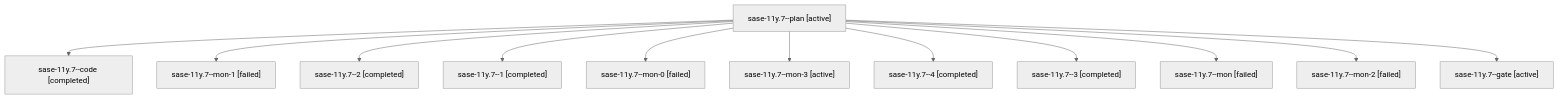
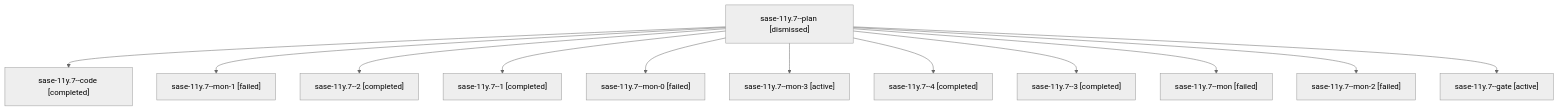
Before and after one commit to sase-org/sase--agents: the diagram in sessions/bbugyi200.athena.sase-11y.7.md, drawn with Mermaid (neutral theme). The commit also changed other lines of this file and 252 other files, not shown here.

````diff
--- a/sessions/bbugyi200.athena.sase-11y.7.md
+++ b/sessions/bbugyi200.athena.sase-11y.7.md
@@ -9,26 +9,26 @@
 ```mermaid
 flowchart TD
-  n0["sase-11y.7--plan [active]"]
+  n0["sase-11y.7--plan [dismissed]"]
   n1["sase-11y.7--code [completed]"]
   n0 --> n1
   n2["sase-11y.7--mon-1 [failed]"]
   n0 --> n2
   n3["sase-11y.7--2 [completed]"]
   n0 --> n3
   n4["sase-11y.7--1 [completed]"]
   n0 --> n4
   n5["sase-11y.7--mon-0 [failed]"]
   n0 --> n5
   n6["sase-11y.7--mon-3 [active]"]
   n0 --> n6
   n7["sase-11y.7--4 [completed]"]
   n0 --> n7
   n8["sase-11y.7--3 [completed]"]
   n0 --> n8
   n9["sase-11y.7--mon [failed]"]
   n0 --> n9
   n10["sase-11y.7--mon-2 [failed]"]
   n0 --> n10
   n11["sase-11y.7--gate [active]"]
   n0 --> n11
 ```
````
